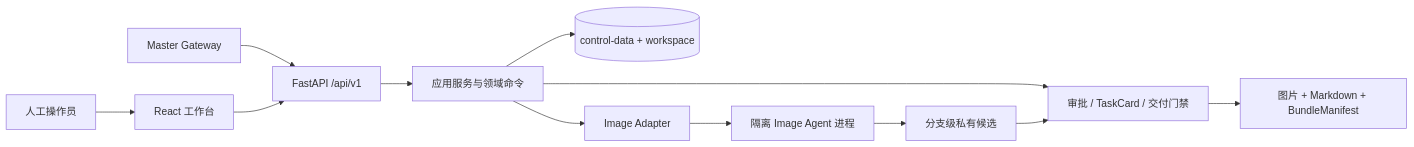
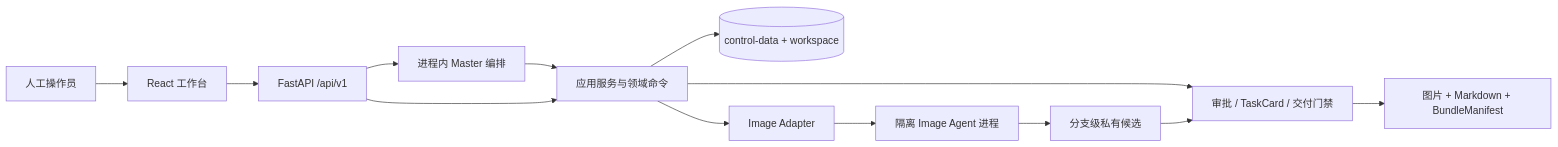
One commit to HST314/agentic-design-harness changed the diagram in README.md. Above: the diagram before and after it, drawn with Mermaid. The commit also changed 27 other files, not shown here.

````diff
--- a/README.md
+++ b/README.md
@@ -20,14 +20,15 @@
 ```mermaid
 flowchart LR
     Human[人工操作员] --> Web[React 工作台]
-    Master[Master Gateway] --> API[FastAPI /api/v1]
     Web --> API
+    API[FastAPI /api/v1] --> Master[进程内 Master 编排]
+    Master --> Domain[应用服务与领域命令]
     API --> Domain[应用服务与领域命令]
     Domain --> Review[审批 / TaskCard / 交付门禁]
     Domain --> Store[(control-data + workspace)]
     Domain --> Adapter[Image Adapter]
     Adapter --> Runtime[隔离 Image Agent 进程]
     Runtime --> Candidate[分支级私有候选]
     Candidate --> Review
     Review --> Shared[图片 + Markdown + BundleManifest]
 ```
````
